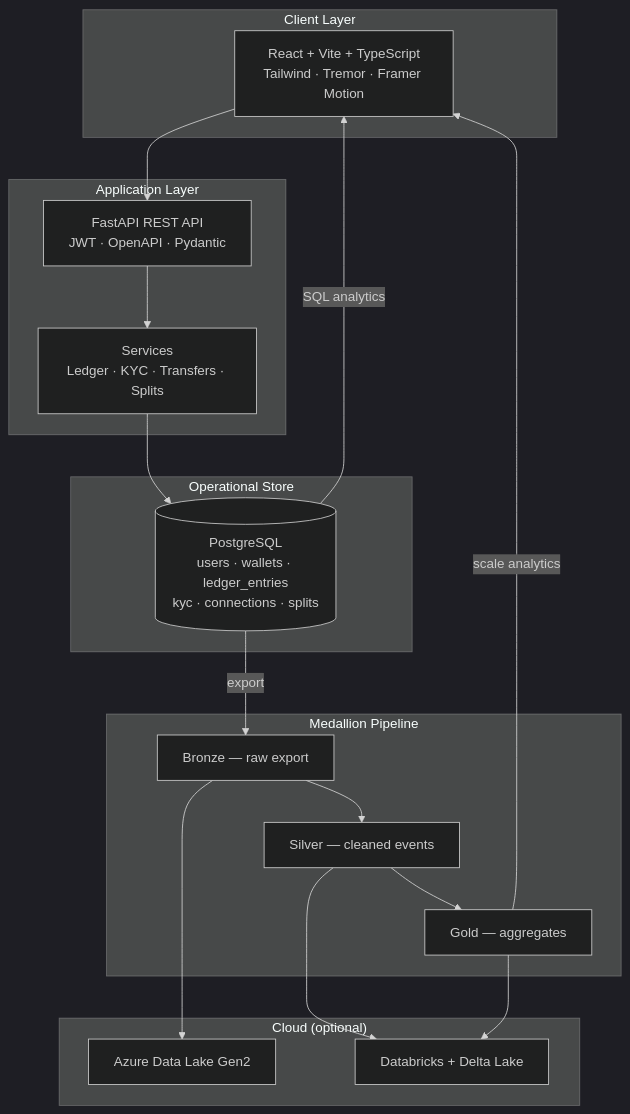
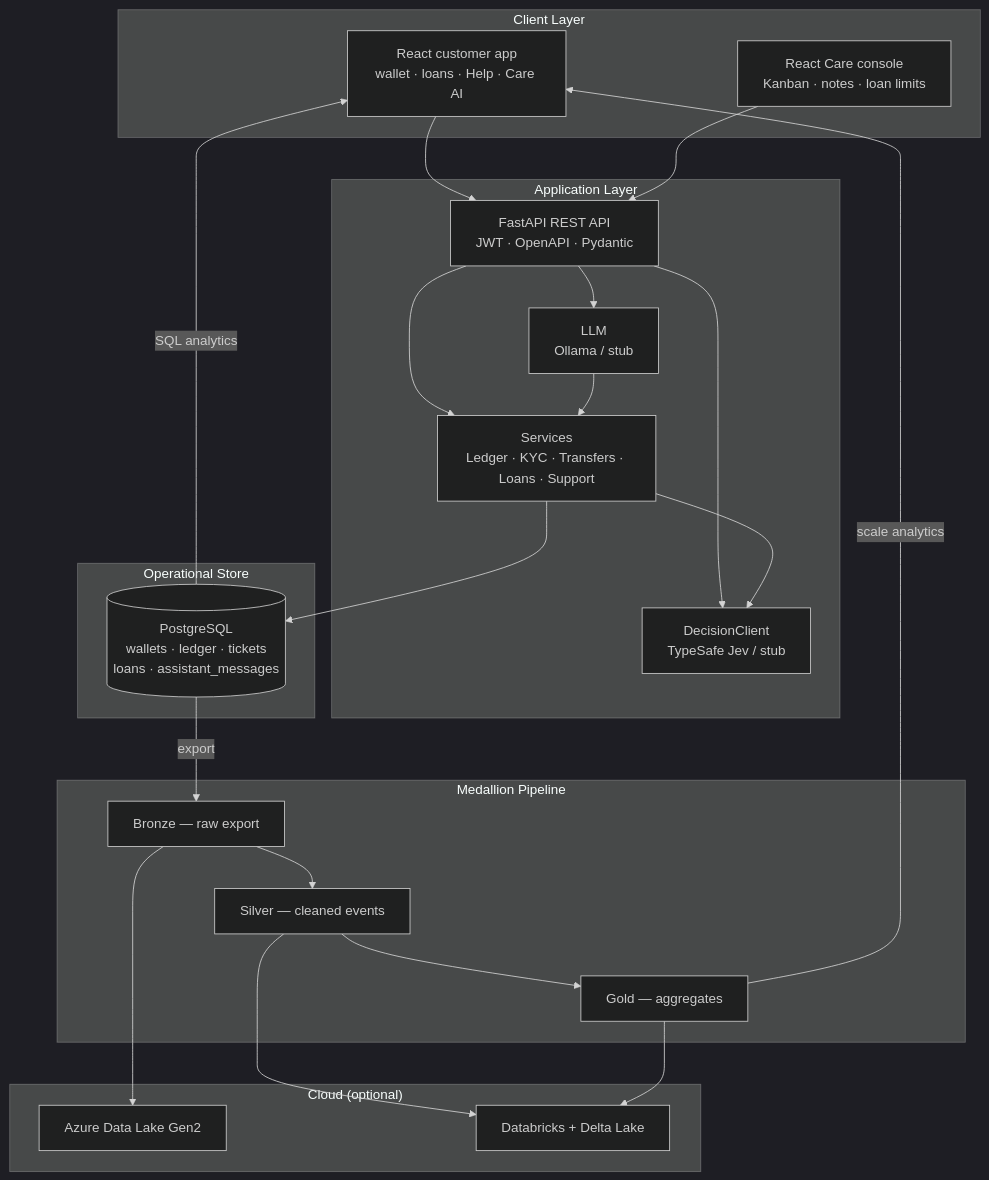
One commit to developsumitkumar/FinVault-Plus changed the diagram in README.md. Above: the diagram before and after it, drawn with Mermaid (dark theme). The commit also changed other lines of this file, not shown here.

````diff
--- a/README.md
+++ b/README.md
@@ -95,34 +97,43 @@
 ```mermaid
 flowchart TB
     subgraph Client["Client Layer"]
-        UI["React + Vite + TypeScript<br/>Tailwind · Tremor · Framer Motion"]
+        UI["React customer app<br/>wallet · loans · Help · Care AI"]
+        SUP["React Care console<br/>Kanban · notes · loan limits"]
     end
 
     subgraph API["Application Layer"]
         FAST["FastAPI REST API<br/>JWT · OpenAPI · Pydantic"]
-        SVC["Services<br/>Ledger · KYC · Transfers · Splits"]
+        SVC["Services<br/>Ledger · KYC · Transfers · Loans · Support"]
+        JEV["DecisionClient<br/>TypeSafe Jev / stub"]
+        LLM["LLM<br/>Ollama / stub"]
     end
 
     subgraph Ops["Operational Store"]
-        PG[("PostgreSQL<br/>users · wallets · ledger_entries<br/>kyc · connections · splits")]
+        PG[("PostgreSQL<br/>wallets · ledger · tickets<br/>loans · assistant_messages")]
     end
 
     subgraph Pipeline["Medallion Pipeline"]
         BRZ["Bronze — raw export"]
         SLV["Silver — cleaned events"]
         GLD["Gold — aggregates"]
     end
 
     subgraph Cloud["Cloud (optional)"]
         ADLS["Azure Data Lake Gen2"]
         DBX["Databricks + Delta Lake"]
     end
 
-    UI --> FAST --> SVC --> PG
+    UI --> FAST
+    SUP --> FAST
+    FAST --> SVC --> PG
+    FAST --> JEV
+    FAST --> LLM
+    SVC --> JEV
+    LLM --> SVC
     PG -->|export| BRZ --> SLV --> GLD
     BRZ --> ADLS
     SLV --> DBX
     GLD --> DBX
     PG -->|SQL analytics| UI
     GLD -->|scale analytics| UI
 ```
````
